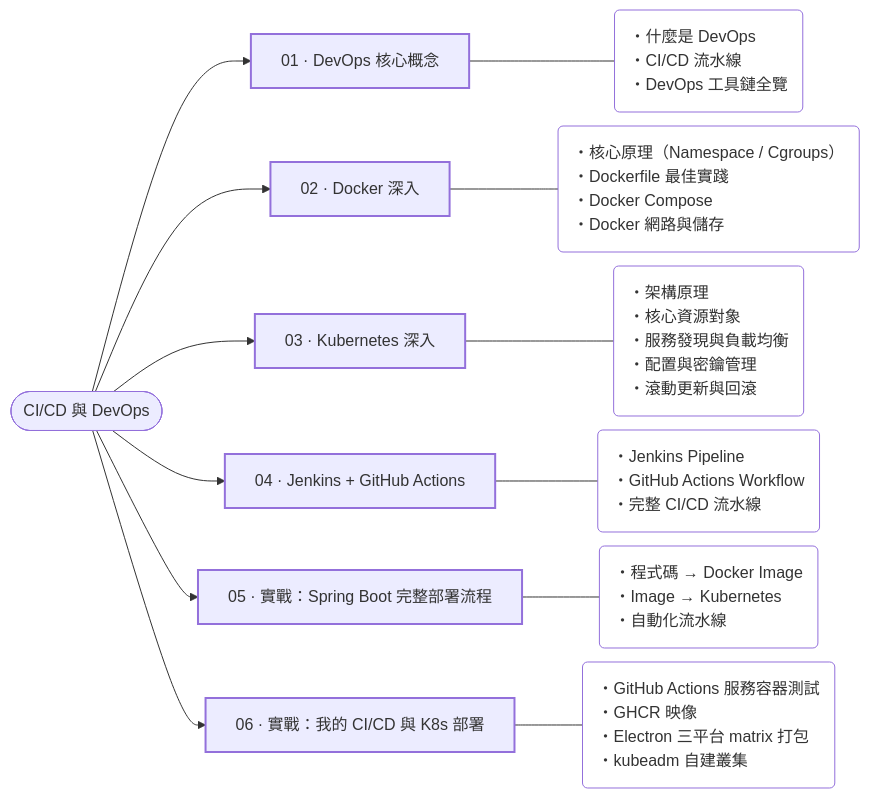
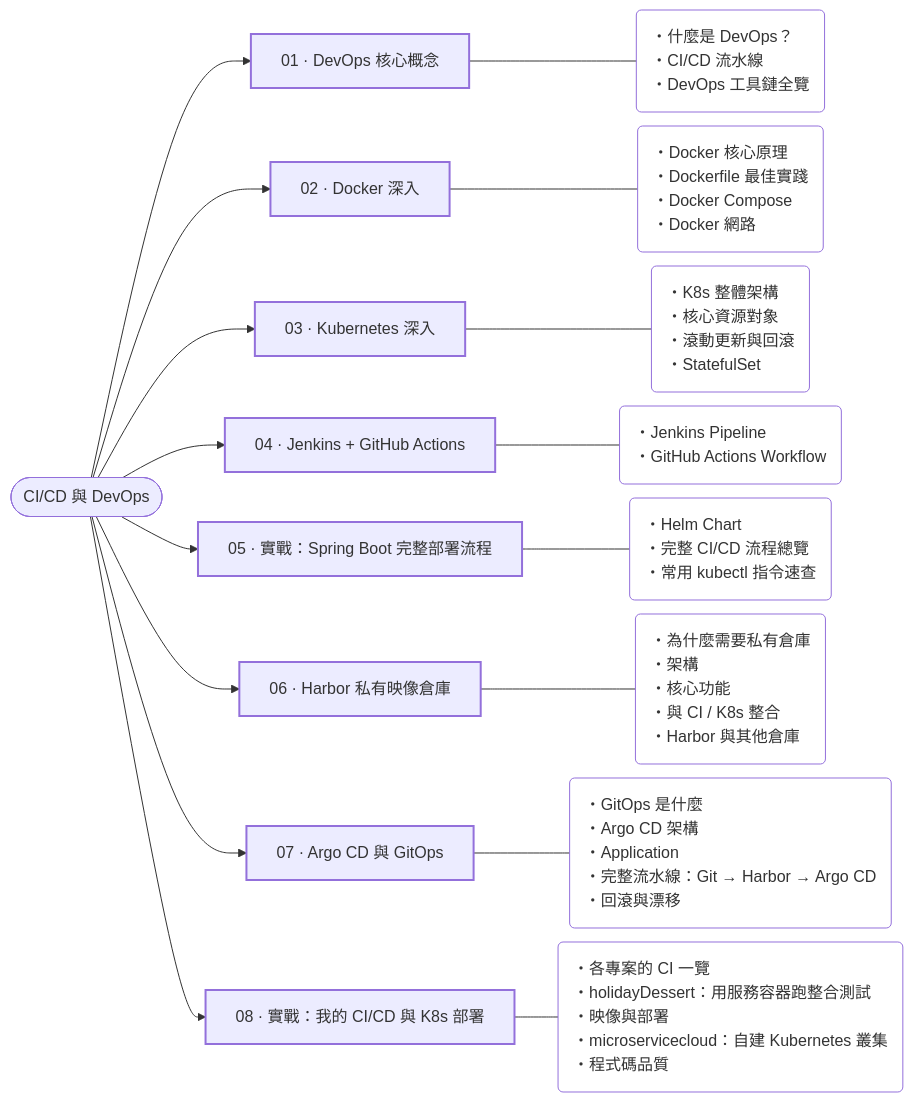
The diagram in docs/engineering/cicd/index.md (AnthonyFuFu/StudyNotes), drawn with Mermaid before and after one commit. The commit also changed other lines of this file and 83 other files, not shown here.

First line of the commit message:
feat: AWS ARGO HARBOR

````diff
--- a/docs/engineering/cicd/index.md
+++ b/docs/engineering/cicd/index.md
@@ -13,33 +13,41 @@
 ``` mermaid
 %%{init: {"flowchart": {"nodeSpacing": 14, "rankSpacing": 36, "wrappingWidth": 420}}}%%
 flowchart LR
     R(["CI/CD 與 DevOps"])
     c0["01 · DevOps 核心概念"]
     R --> c0
-    p0("・什麼是 DevOps<br>・CI/CD 流水線<br>・DevOps 工具鏈全覽")
+    p0("・什麼是 DevOps？<br>・CI/CD 流水線<br>・DevOps 工具鏈全覽")
     c0 --- p0
     c1["02 · Docker 深入"]
     R --> c1
-    p1("・核心原理（Namespace / Cgroups）<br>・Dockerfile 最佳實踐<br>・Docker Compose<br>・Docker 網路與儲存")
+    p1("・Docker 核心原理<br>・Dockerfile 最佳實踐<br>・Docker Compose<br>・Docker 網路")
     c1 --- p1
     c2["03 · Kubernetes 深入"]
     R --> c2
-    p2("・架構原理<br>・核心資源對象<br>・服務發現與負載均衡<br>・配置與密鑰管理<br>・滾動更新與回滾")
+    p2("・K8s 整體架構<br>・核心資源對象<br>・滾動更新與回滾<br>・StatefulSet")
     c2 --- p2
     c3["04 · Jenkins + GitHub Actions"]
     R --> c3
-    p3("・Jenkins Pipeline<br>・GitHub Actions Workflow<br>・完整 CI/CD 流水線")
+    p3("・Jenkins Pipeline<br>・GitHub Actions Workflow")
     c3 --- p3
     c4["05 · 實戰：Spring Boot 完整部署流程"]
     R --> c4
-    p4("・程式碼 → Docker Image<br>・Image → Kubernetes<br>・自動化流水線")
+    p4("・Helm Chart<br>・完整 CI/CD 流程總覽<br>・常用 kubectl 指令速查")
     c4 --- p4
-    c5["06 · 實戰：我的 CI/CD 與 K8s 部署"]
+    c5["06 · Harbor 私有映像倉庫"]
     R --> c5
-    p5("・GitHub Actions 服務容器測試<br>・GHCR 映像<br>・Electron 三平台 matrix 打包<br>・kubeadm 自建叢集")
+    p5("・為什麼需要私有倉庫<br>・架構<br>・核心功能<br>・與 CI / K8s 整合<br>・Harbor 與其他倉庫")
     c5 --- p5
+    c6["07 · Argo CD 與 GitOps"]
+    R --> c6
+    p6("・GitOps 是什麼<br>・Argo CD 架構<br>・Application<br>・完整流水線：Git → Harbor → Argo CD<br>・回滾與漂移")
+    c6 --- p6
+    c7["08 · 實戰：我的 CI/CD 與 K8s 部署"]
+    R --> c7
+    p7("・各專案的 CI 一覽<br>・holidayDessert：用服務容器跑整合測試<br>・映像與部署<br>・microservicecloud：自建 Kubernetes 叢集<br>・程式碼品質")
+    c7 --- p7
     classDef chapter stroke-width:2px
     classDef points fill:transparent,text-align:left
-    class c0,c1,c2,c3,c4,c5 chapter
-    class p0,p1,p2,p3,p4,p5 points
+    class c0,c1,c2,c3,c4,c5,c6,c7 chapter
+    class p0,p1,p2,p3,p4,p5,p6,p7 points
 ```
````
